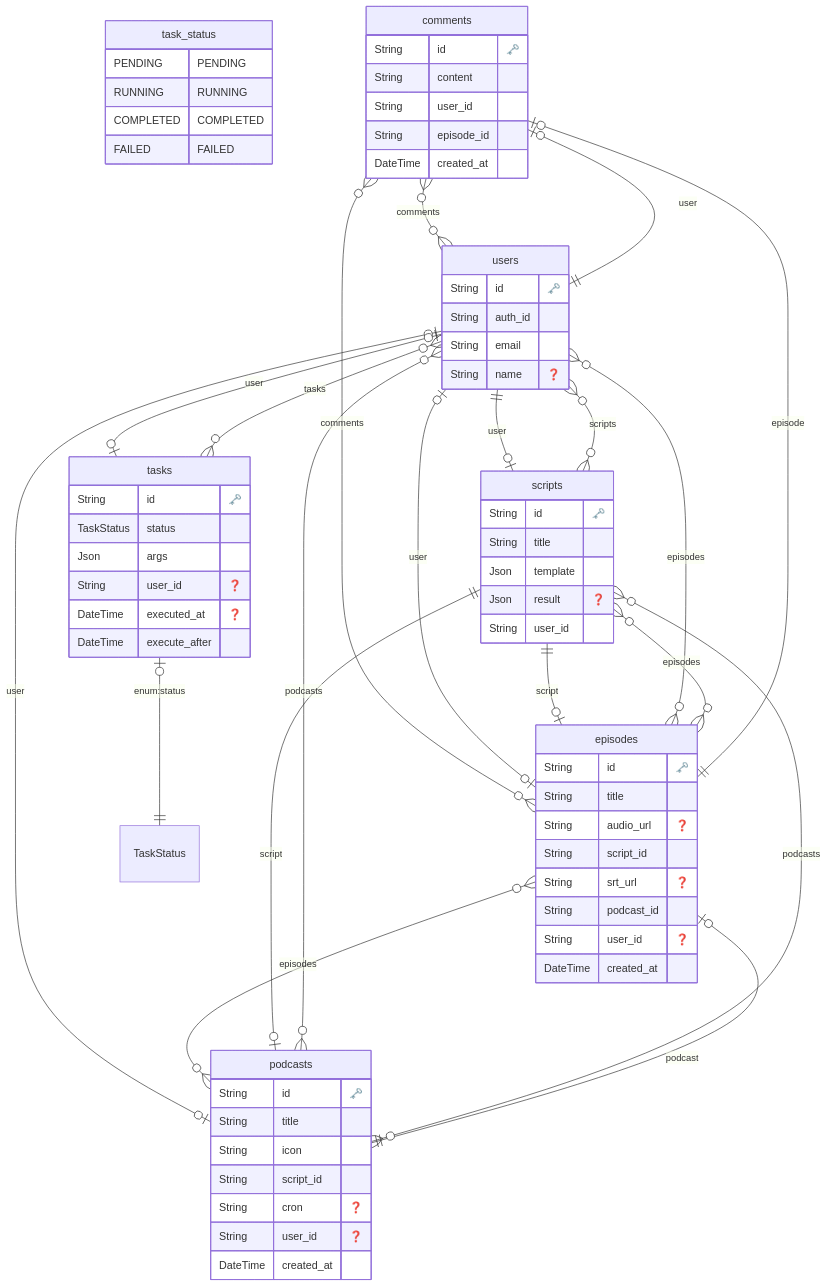
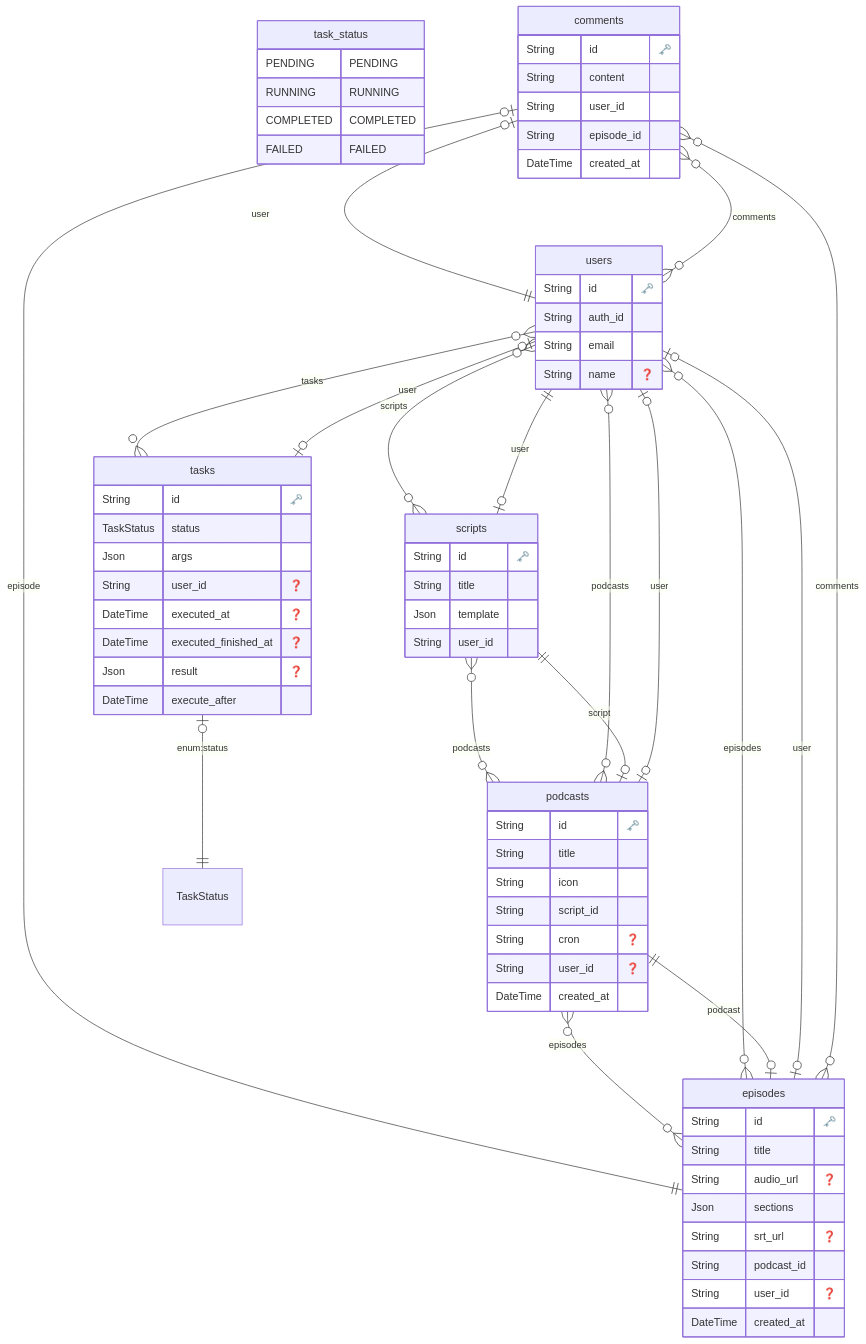
The diagram in api/prisma/schema/ERD.md (wakame-tech/botcast), drawn with Mermaid before and after one commit. The commit also changed 6 other files, not shown here.

Commit message:
fix: not to have result in script, and add sections to episode

```diff
--- a/api/prisma/schema/ERD.md
+++ b/api/prisma/schema/ERD.md
@@ -21,7 +21,7 @@
     String id "🗝️"
     String title 
     String audio_url "❓"
-    String script_id 
+    Json sections 
     String srt_url "❓"
     String podcast_id 
     String user_id "❓"
@@ -44,7 +44,6 @@
     String id "🗝️"
     String title 
     Json template 
-    Json result "❓"
     String user_id 
     }
   
@@ -55,6 +54,8 @@
     Json args 
     String user_id "❓"
     DateTime executed_at "❓"
+    DateTime executed_finished_at "❓"
+    Json result "❓"
     DateTime execute_after 
     }
   
@@ -68,7 +69,6 @@
   
     "comments" o|--|| "users" : "user"
     "comments" o|--|| "episodes" : "episode"
-    "episodes" o|--|| "scripts" : "script"
     "episodes" o|--|| "podcasts" : "podcast"
     "episodes" o|--|o "users" : "user"
     "episodes" o{--}o "comments" : "comments"
@@ -76,7 +76,6 @@
     "podcasts" o{--}o "episodes" : "episodes"
     "podcasts" o|--|o "users" : "user"
     "scripts" o|--|| "users" : "user"
-    "scripts" o{--}o "episodes" : "episodes"
     "scripts" o{--}o "podcasts" : "podcasts"
     "tasks" o|--|| "TaskStatus" : "enum:status"
     "tasks" o|--|o "users" : "user"
```
